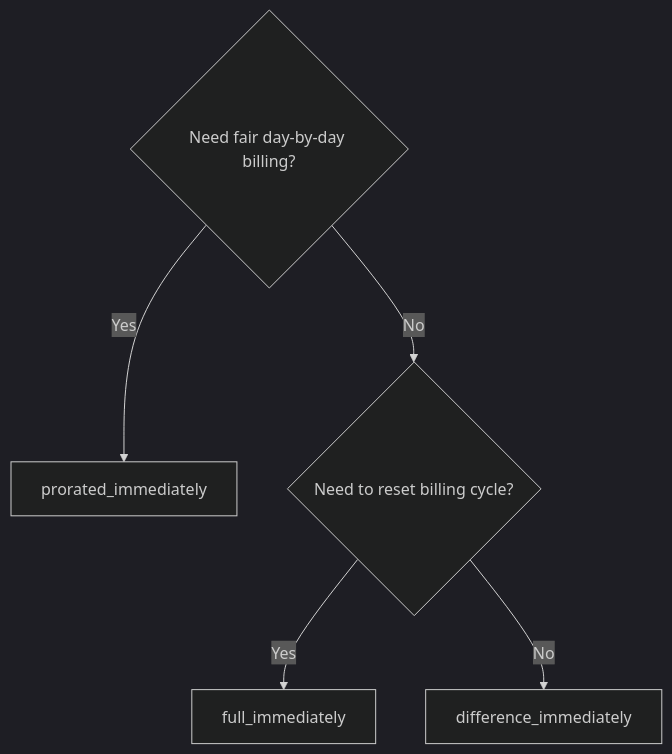
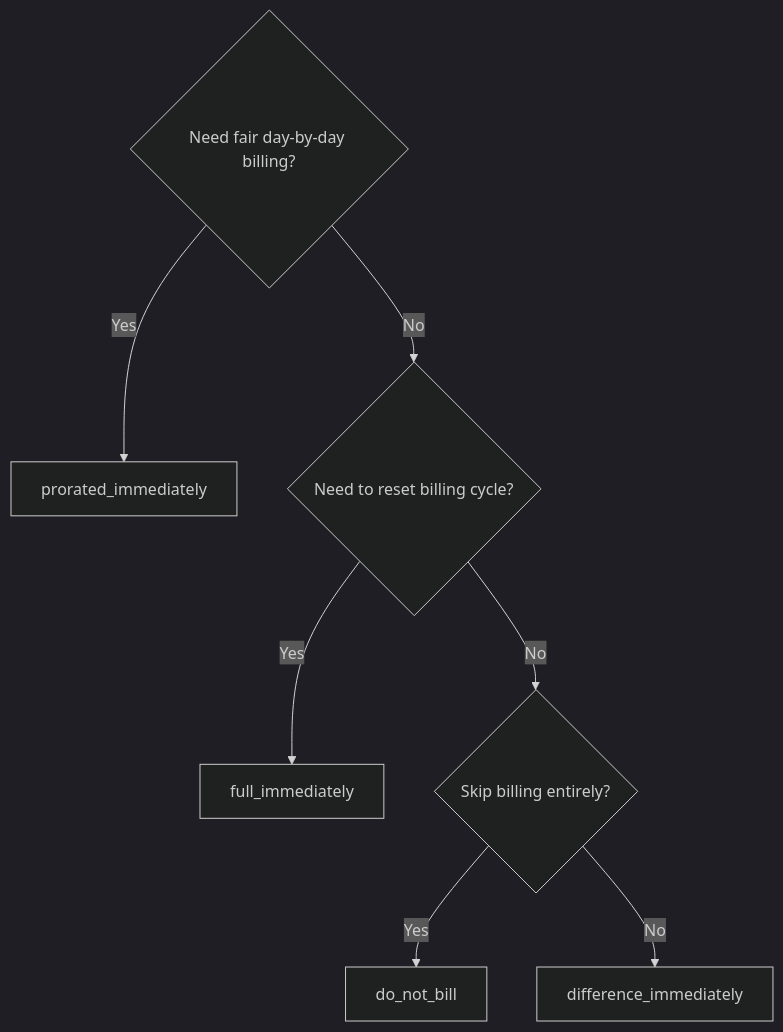
One commit to dodopayments/dodo-docs changed the second of 3 diagrams in developer-resources/subscription-upgrade-downgrade.mdx. Above: the diagram before and after it, drawn with Mermaid (dark theme). The commit also changed other lines of this file and 12 other files, not shown here.

````diff
--- a/developer-resources/subscription-upgrade-downgrade.mdx
+++ b/developer-resources/subscription-upgrade-downgrade.mdx
@@ -444,7 +457,9 @@
 ```mermaid
 flowchart TD
     A{Need fair day-by-day billing?} -->|Yes| B[prorated_immediately]
     A -->|No| C{Need to reset billing cycle?}
     C -->|Yes| D[full_immediately]
-    C -->|No| E[difference_immediately]
+    C -->|No| E{Skip billing entirely?}
+    E -->|Yes| F[do_not_bill]
+    E -->|No| G[difference_immediately]
 ```
````
